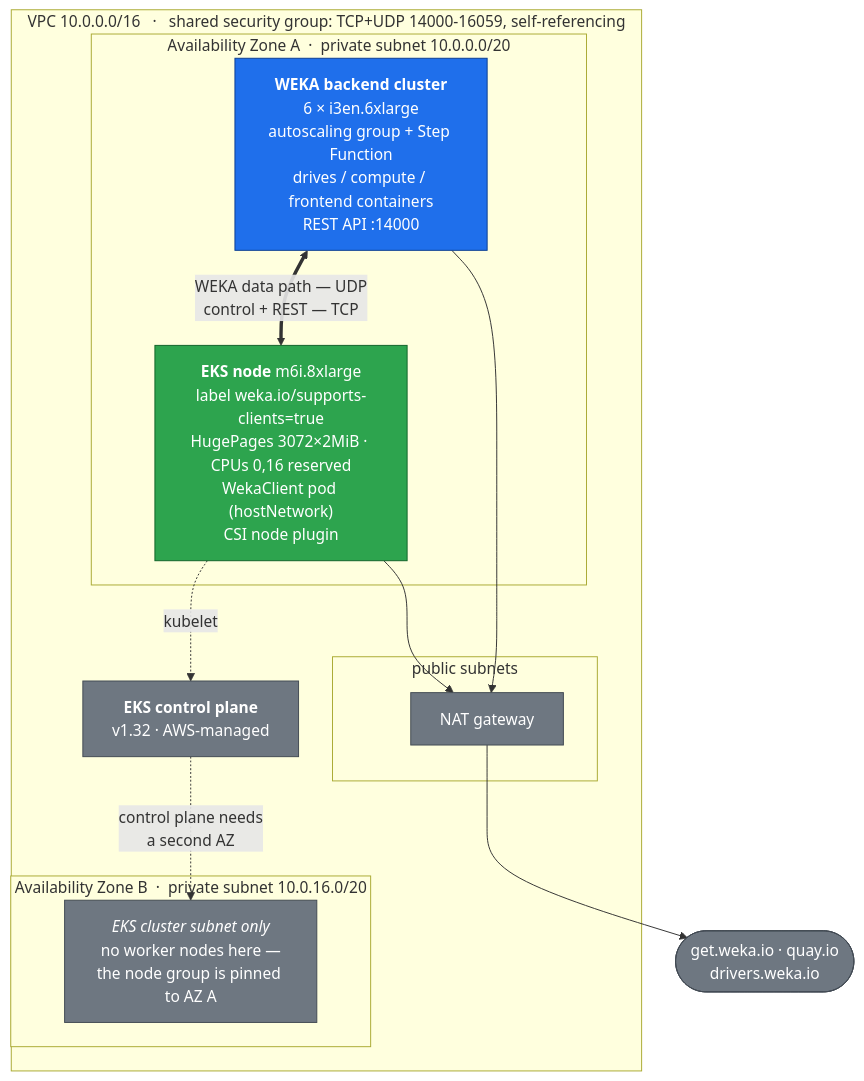
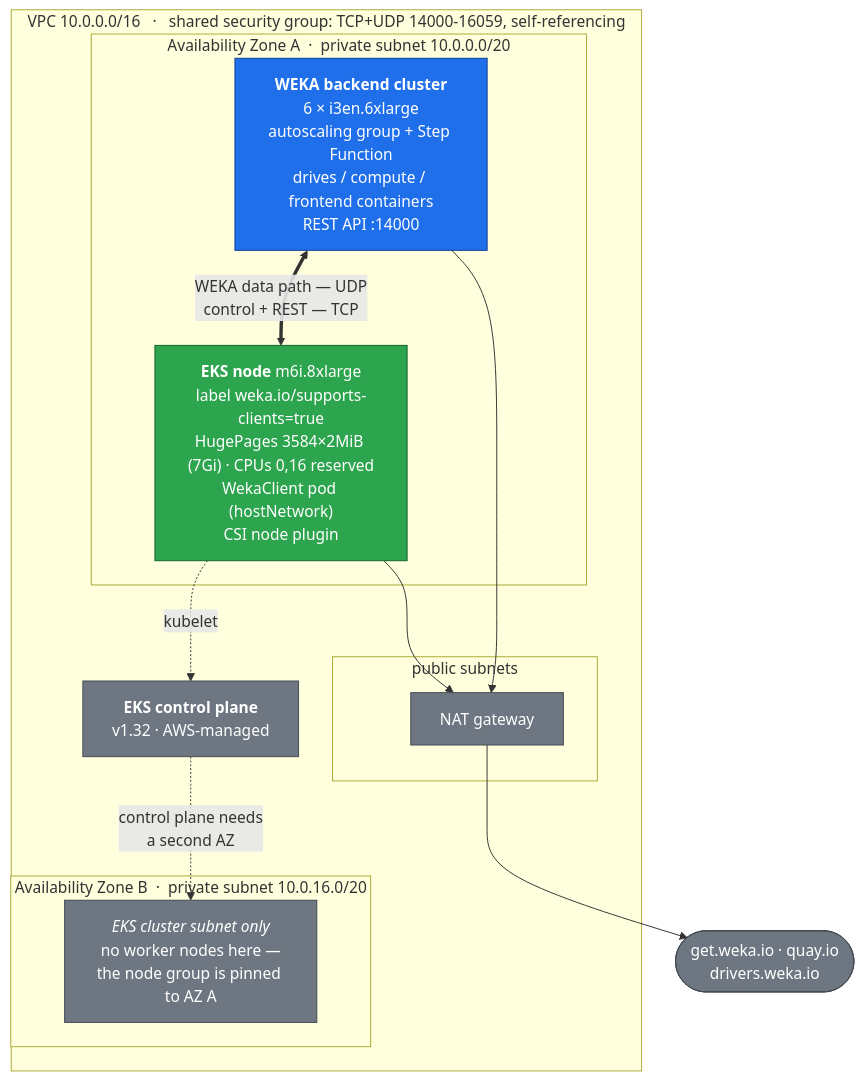
The diagram in README.md (mbookham7/mb-weka-operator-csi-blog), drawn with Mermaid before and after one commit. The commit also changed 2 other files, not shown here.

First paragraph of the commit message:
Run 5: the untested fixes now tested, and the cgroups alert explained
Run 4 shipped three code paths against a syntax check alone, because the
cluster was already being destroyed when they were written. Run 5 existed
to fix that, and each was exercised in the only state that can exercise
it:

````diff
--- a/README.md
+++ b/README.md
@@ -69,33 +69,33 @@
 ```mermaid
 graph TB
     subgraph VPC["VPC 10.0.0.0/16 &nbsp;&nbsp;·&nbsp;&nbsp; shared security group: TCP+UDP 14000-16059, self-referencing"]
         subgraph AZA["Availability Zone A &nbsp;·&nbsp; private subnet 10.0.0.0/20"]
             WEKA["<b>WEKA backend cluster</b><br/>6 × i3en.6xlarge<br/>autoscaling group + Step Function<br/>drives / compute / frontend containers<br/>REST API :14000"]
-            N1["<b>EKS node</b> m6i.8xlarge<br/>label weka.io/supports-clients=true<br/>HugePages 3072×2MiB · CPUs 0,16 reserved<br/>WekaClient pod (hostNetwork)<br/>CSI node plugin"]
+            N1["<b>EKS node</b> m6i.8xlarge<br/>label weka.io/supports-clients=true<br/>HugePages 3584×2MiB (7Gi) · CPUs 0,16 reserved<br/>WekaClient pod (hostNetwork)<br/>CSI node plugin"]
         end
         subgraph AZB["Availability Zone B &nbsp;·&nbsp; private subnet 10.0.16.0/20"]
             N2["<i>EKS cluster subnet only</i><br/>no worker nodes here —<br/>the node group is pinned to AZ A"]
         end
         subgraph PUB["public subnets"]
             NAT["NAT gateway"]
         end
         EKSCP["<b>EKS control plane</b><br/>v1.32 · AWS-managed"]
     end
 
     NET(["get.weka.io · quay.io<br/>drivers.weka.io"])
 
     WEKA <==>|"WEKA data path — UDP<br/>control + REST — TCP"| N1
     EKSCP -.->|"control plane needs<br/>a second AZ"| N2
     N1 -.->|kubelet| EKSCP
     WEKA --> NAT
     N1 --> NAT
     NAT --> NET
 
     classDef weka fill:#1f6feb,stroke:#0b3d91,color:#fff
     classDef node fill:#2da44e,stroke:#116329,color:#fff
     classDef infra fill:#6e7781,stroke:#424a53,color:#fff
     class WEKA weka
     class N1 node
     class N2 infra
     class NAT,EKSCP,NET infra
 ```
````
